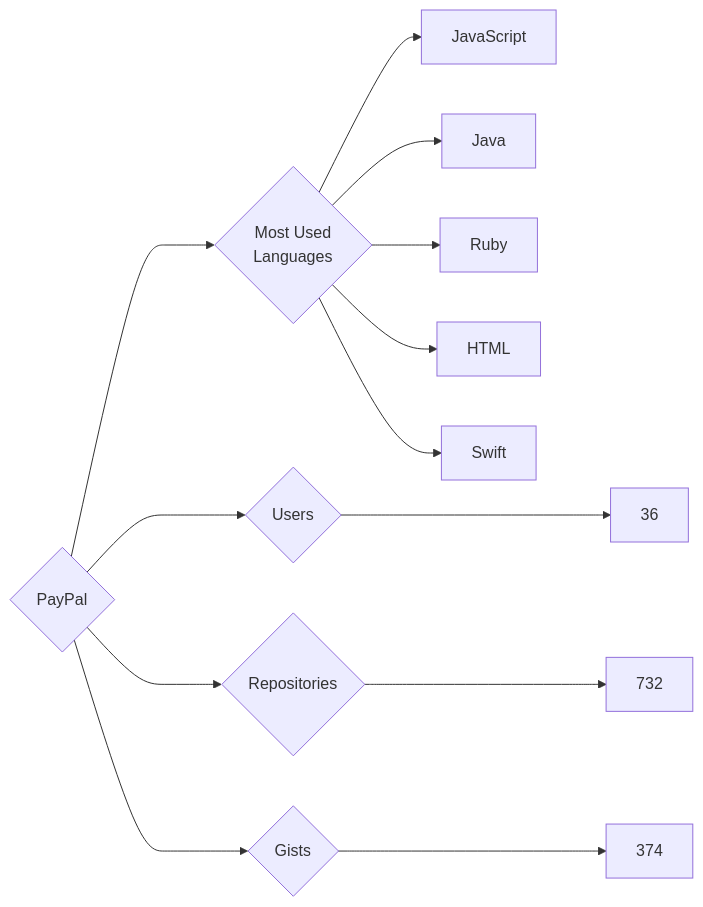
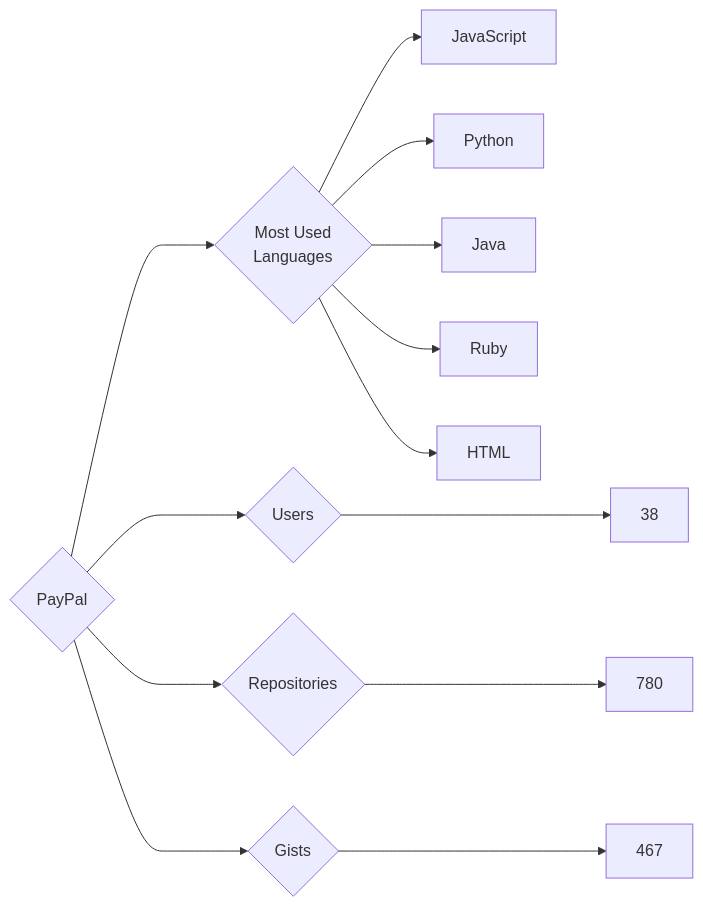
The diagram in targets/PayPal/README.md (trickest/insiders), drawn with Mermaid before and after one commit. The commit also changed 839 other files, not shown here.

````diff
--- a/targets/PayPal/README.md
+++ b/targets/PayPal/README.md
@@ -3,13 +3,13 @@
 ```mermaid
 graph LR
 COMPANY_NAME{PayPal}
-COMPANY_NAME ---> U{Users} ---> UN[36]
-COMPANY_NAME ---> R{Repositories} ---> RN[732]
-COMPANY_NAME ---> G{Gists} ---> GN[374]
+COMPANY_NAME ---> U{Users} ---> UN[38]
+COMPANY_NAME ---> R{Repositories} ---> RN[780]
+COMPANY_NAME ---> G{Gists} ---> GN[467]
 COMPANY_NAME ---> ML{Most Used<br>Languages}
 ML --> JavaScript[JavaScript]
+ML --> Python[Python]
 ML --> Java[Java]
 ML --> Ruby[Ruby]
 ML --> HTML[HTML]
-ML --> Swift[Swift]
 ```
````
